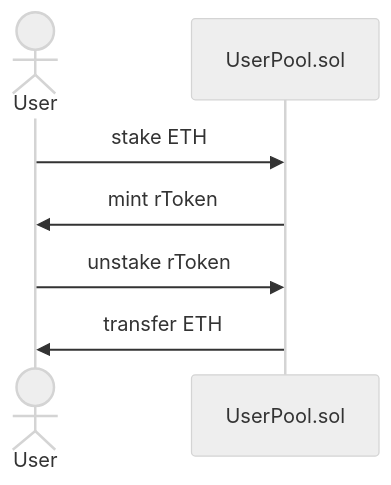
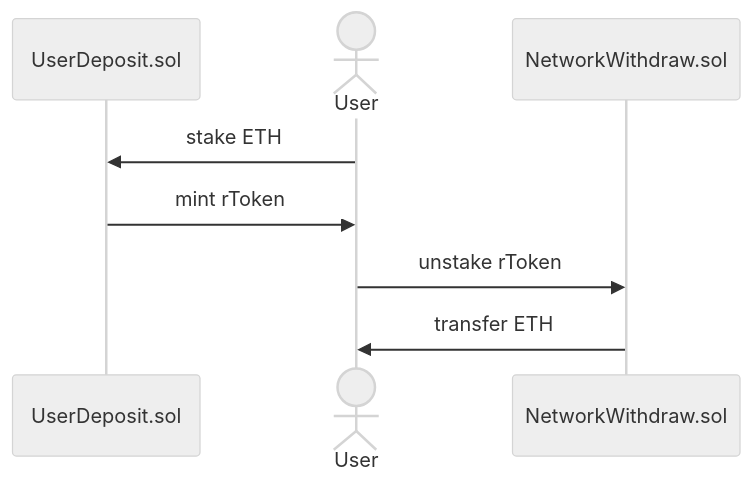
The first of 4 diagrams in README.md (SergeevDmitry/eth-lsd-contracts), drawn with Mermaid (neutral theme) before and after one commit.

````diff
--- a/README.md
+++ b/README.md
@@ -9,9 +9,11 @@
 ```mermaid
 sequenceDiagram
+participant  UserDeposit.sol
 actor User
+participant  NetworkWithdraw.sol
 
-User->>UserPool.sol: stake ETH
-UserPool.sol->>User: mint rToken
-User->>UserPool.sol: unstake rToken 
-UserPool.sol->>User: transfer ETH
+User->>UserDeposit.sol: stake ETH
+UserDeposit.sol->>User: mint rToken
+User->>NetworkWithdraw.sol: unstake rToken 
+NetworkWithdraw.sol->>User: transfer ETH
 ```
````
